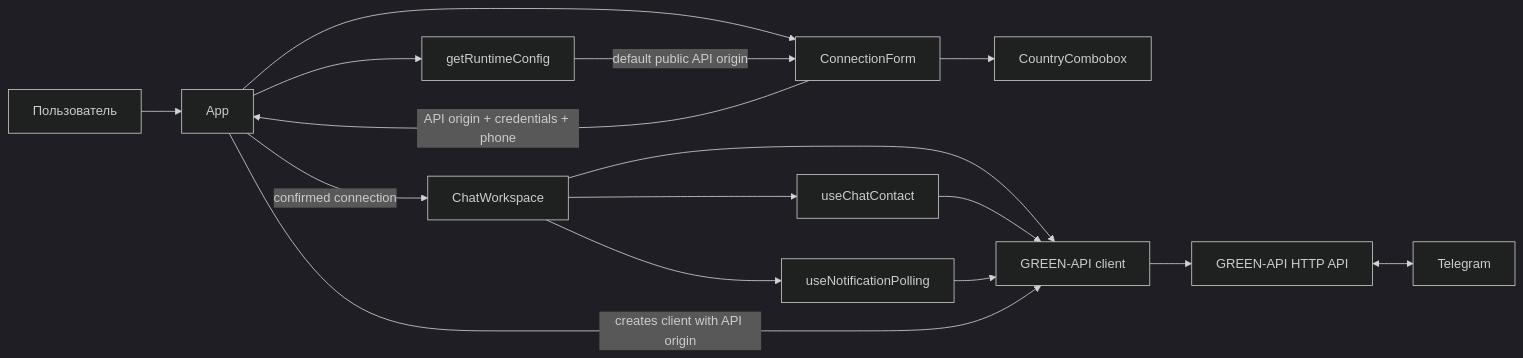
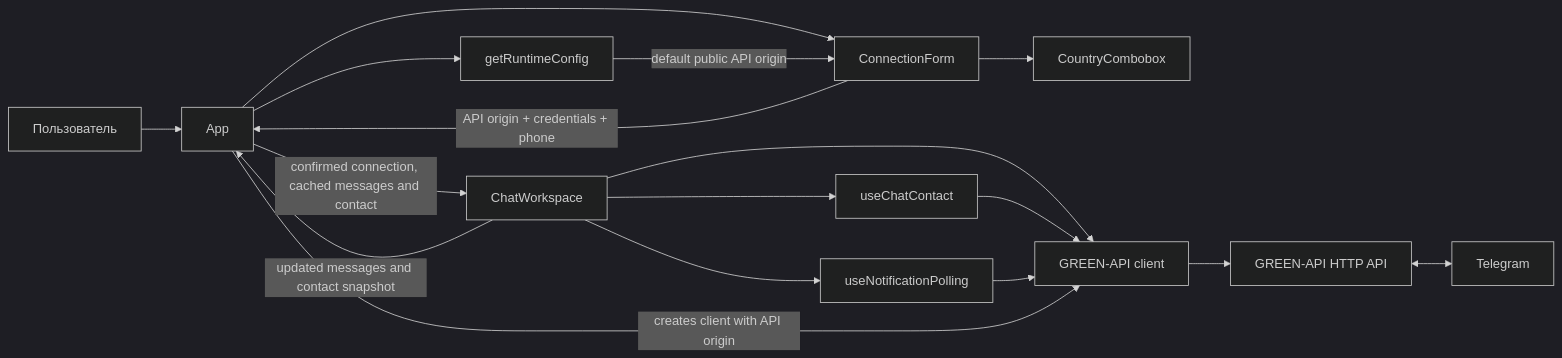
One commit to vgratsilev/green-api-test changed the first of 7 diagrams in docs/diagrams/README.md. Above: the diagram before and after it, drawn with Mermaid (dark theme). The commit also changed other lines of this file and 5 other files, not shown here.

````diff
--- a/docs/diagrams/README.md
+++ b/docs/diagrams/README.md
@@ -7,19 +7,20 @@
 ```mermaid
 flowchart LR
   User[Пользователь] --> App[App]
   App --> Runtime[getRuntimeConfig]
   App --> Form[ConnectionForm]
   Runtime -->|default public API origin| Form
   Form --> Country[CountryCombobox]
   Form -->|API origin + credentials + phone| App
-  App -->|confirmed connection| Workspace[ChatWorkspace]
+  App -->|confirmed connection, cached messages and contact| Workspace[ChatWorkspace]
+  Workspace -->|updated messages and contact snapshot| App
 
   Workspace --> Contact[useChatContact]
   Workspace --> Polling[useNotificationPolling]
   Workspace --> Client[GREEN-API client]
   Contact --> Client
   Polling --> Client
   Client --> API[GREEN-API HTTP API]
   API <--> Telegram[Telegram]
   App -->|creates client with API origin| Client
 ```
````
